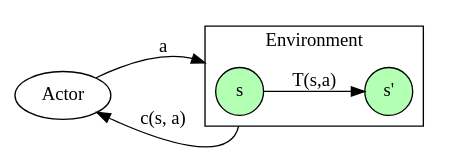
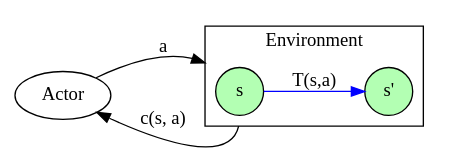
One commit to iagoleal/iagoleal.github.io changed the second of 2 diagrams in content/posts/dynamic-programming.md. Above: the diagram before and after it, drawn with Graphviz. The commit also changed other lines of this file and 2 other files, not shown here.

````diff
--- a/content/posts/dynamic-programming.md
+++ b/content/posts/dynamic-programming.md
@@ -892,23 +935,23 @@
 ```dot
 digraph {
   rankdir=LR;
   compound=true;
 
   {rank = source; A [label = "Actor"]};
 
   subgraph cluster_env{
     rank = same;
     label="Environment";
     node [shape     = circle
           style     = "solid,filled"
           color     = black
           fixedsize = shape
           fillcolor = "#B3FFB3"];
     s2 [label = "s'"];
-    s -> s2 [label = "T(s,a)"];
+    s -> s2 [color = blue, label = "T(s,a)"];
   }
 
   A -> s:nw [label = "a"       lhead=cluster_env];
-  s:s -> A [label = "c(s, a)" ltail=cluster_env];
+  s:s -> A  [label = "c(s, a)" ltail=cluster_env];
 }
 ```
````
